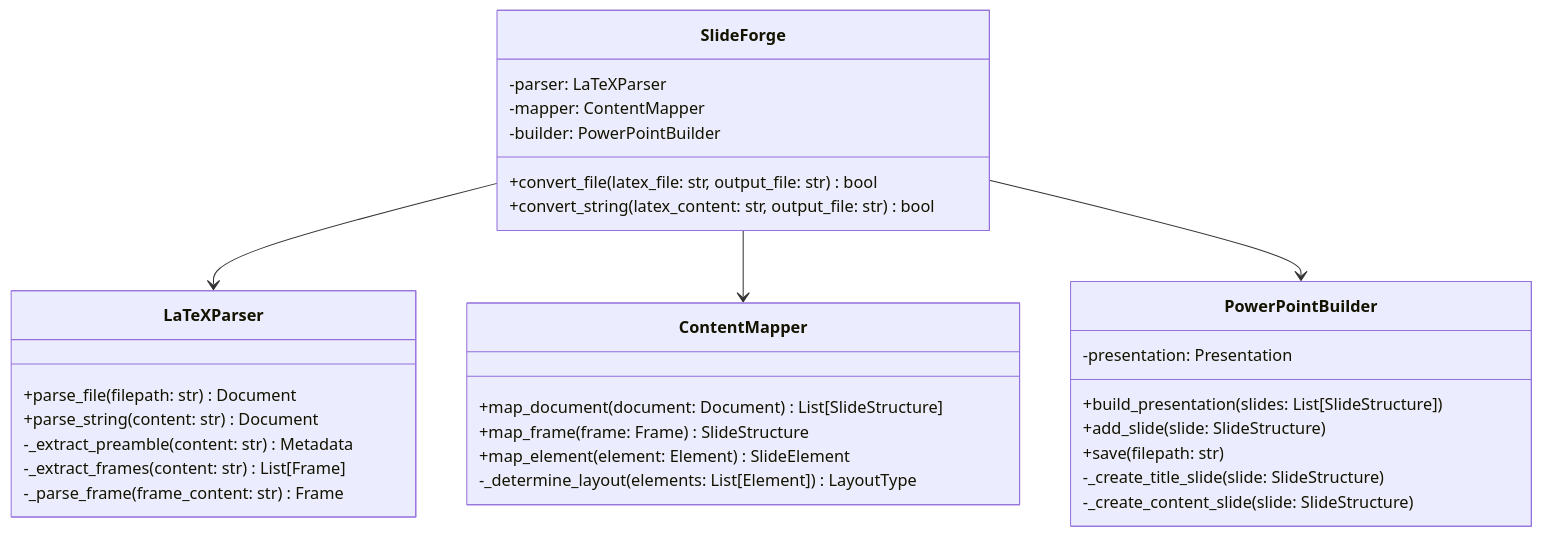
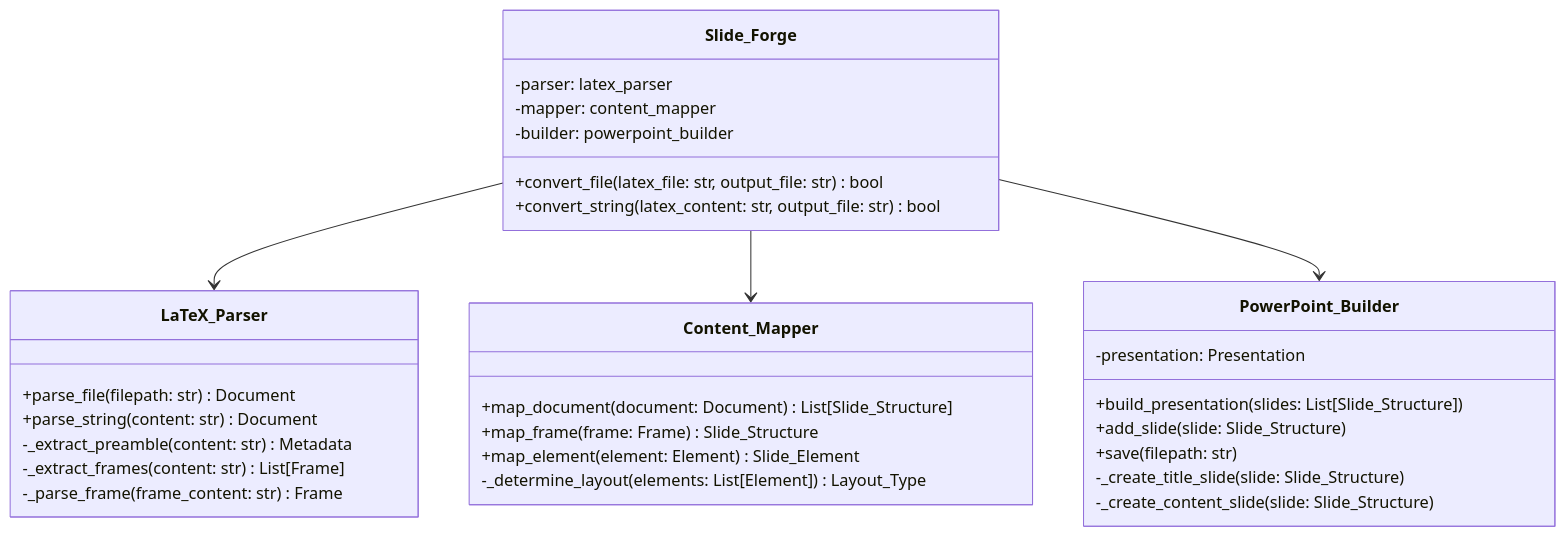
The first of 7 diagrams in docs/class-diagrams.md (marvins/slide-forge), drawn with Mermaid before and after one commit. The commit also changed other lines of this file and 9 other files, not shown here.

````diff
--- a/docs/class-diagrams.md
+++ b/docs/class-diagrams.md
@@ -5,38 +5,38 @@
 ```mermaid
 classDiagram
-    class SlideForge {
-        -parser: LaTeXParser
-        -mapper: ContentMapper
-        -builder: PowerPointBuilder
+    class Slide_Forge {
+        -parser: latex_parser
+        -mapper: content_mapper
+        -builder: powerpoint_builder
         +convert_file(latex_file: str, output_file: str) bool
         +convert_string(latex_content: str, output_file: str) bool
     }
 
-    class LaTeXParser {
+    class LaTeX_Parser {
         +parse_file(filepath: str) Document
         +parse_string(content: str) Document
         -_extract_preamble(content: str) Metadata
         -_extract_frames(content: str) List[Frame]
         -_parse_frame(frame_content: str) Frame
     }
 
-    class ContentMapper {
-        +map_document(document: Document) List[SlideStructure]
-        +map_frame(frame: Frame) SlideStructure
-        +map_element(element: Element) SlideElement
-        -_determine_layout(elements: List[Element]) LayoutType
+    class Content_Mapper {
+        +map_document(document: Document) List[Slide_Structure]
+        +map_frame(frame: Frame) Slide_Structure
+        +map_element(element: Element) Slide_Element
+        -_determine_layout(elements: List[Element]) Layout_Type
     }
 
-    class PowerPointBuilder {
+    class PowerPoint_Builder {
         -presentation: Presentation
-        +build_presentation(slides: List[SlideStructure])
-        +add_slide(slide: SlideStructure)
+        +build_presentation(slides: List[Slide_Structure])
+        +add_slide(slide: Slide_Structure)
         +save(filepath: str)
-        -_create_title_slide(slide: SlideStructure)
-        -_create_content_slide(slide: SlideStructure)
+        -_create_title_slide(slide: Slide_Structure)
+        -_create_content_slide(slide: Slide_Structure)
     }
 
-    SlideForge --> LaTeXParser
-    SlideForge --> ContentMapper
-    SlideForge --> PowerPointBuilder
+    Slide_Forge --> LaTeX_Parser
+    Slide_Forge --> Content_Mapper
+    Slide_Forge --> PowerPoint_Builder
 ```
````
